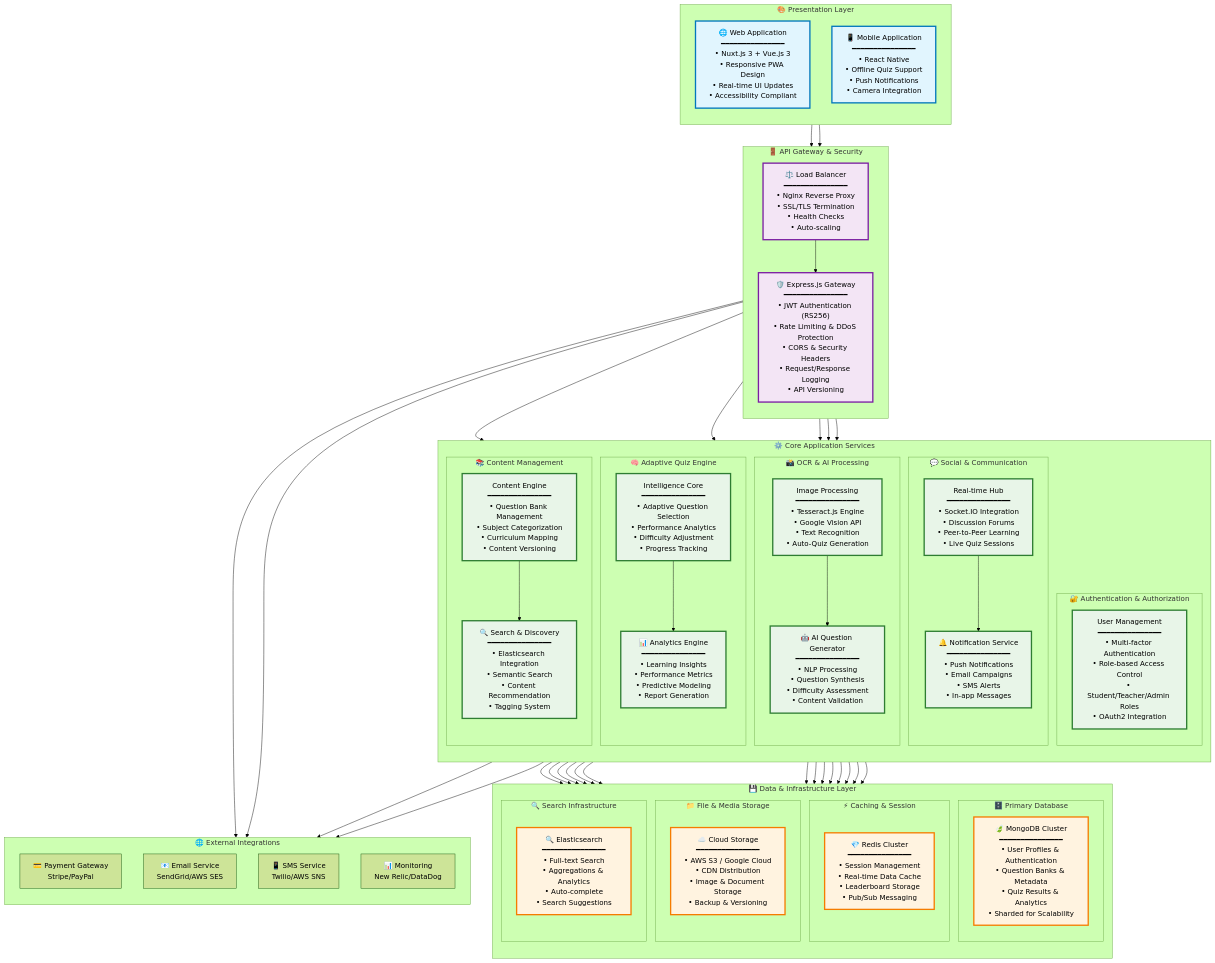
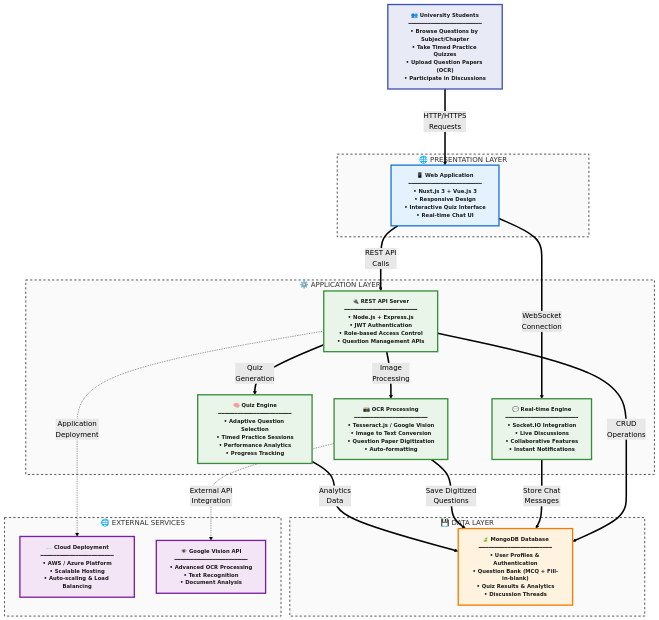
One commit to shuv-amp/TestLoom changed the first of 2 diagrams in docs/architecture.md. Above: the diagram before and after it, drawn with Mermaid (forest theme). The commit also changed other lines of this file, not shown here.

Commit message:
docs: simplify architecture.md

````diff
--- a/docs/architecture.md
+++ b/docs/architecture.md
@@ -5,124 +7,63 @@
 ```mermaid
 graph TB
-    %% Styling definitions
-    classDef presentation fill:#e1f5fe,stroke:#0277bd,stroke-width:3px,color:#000
-    classDef gateway fill:#f3e5f5,stroke:#7b1fa2,stroke-width:3px,color:#000
-    classDef services fill:#e8f5e8,stroke:#2e7d32,stroke-width:3px,color:#000
-    classDef data fill:#fff3e0,stroke:#f57c00,stroke-width:3px,color:#000
-    classDef connections stroke:#424242,stroke-width:2px
+    %% Enhanced styling with consistent colors, borders, and typography
+    classDef userLayer fill:#e8eaf6,stroke:#3f51b5,stroke-width:3px,color:#1a1a1a,font-weight:bold,font-size:12px
+    classDef frontend fill:#e3f2fd,stroke:#1976d2,stroke-width:3px,color:#1a1a1a,font-weight:bold,font-size:12px
+    classDef backend fill:#e8f5e8,stroke:#388e3c,stroke-width:3px,color:#1a1a1a,font-weight:bold,font-size:12px
+    classDef database fill:#fff3e0,stroke:#f57c00,stroke-width:3px,color:#1a1a1a,font-weight:bold,font-size:12px
+    classDef external fill:#f3e5f5,stroke:#7b1fa2,stroke-width:3px,color:#1a1a1a,font-weight:bold,font-size:12px
+    classDef subgraphStyle fill:#fafafa,stroke:#424242,stroke-width:2px,stroke-dasharray:5 5
     
-    %% Presentation Layer
-    subgraph PRESENTATION ["🎨 Presentation Layer"]
-        direction TB
-        WEB["🌐 Web Application<br/>━━━━━━━━━━━━━━━<br/>• Nuxt.js 3 + Vue.js 3<br/>• Responsive PWA Design<br/>• Real-time UI Updates<br/>• Accessibility Compliant"]
-        MOBILE["📱 Mobile Application<br/>━━━━━━━━━━━━━━━<br/>• React Native<br/>• Offline Quiz Support<br/>• Push Notifications<br/>• Camera Integration"]
+    %% User Layer
+    USERS["👥 University Students<br/>━━━━━━━━━━━━━━━━━━━━━━━<br/>• Browse Questions by Subject/Chapter<br/>• Take Timed Practice Quizzes<br/>• Upload Question Papers (OCR)<br/>• Participate in Discussions"]
+    
+    %% Frontend Layer
+    subgraph FRONTEND [" 🌐 PRESENTATION LAYER "]
+        WEB["📱 Web Application<br/>━━━━━━━━━━━━━━━━━━━━━━━<br/>• Nuxt.js 3 + Vue.js 3<br/>• Responsive Design<br/>• Interactive Quiz Interface<br/>• Real-time Chat UI"]
     end
     
-    %% API Gateway Layer
-    subgraph GATEWAY_LAYER ["🚪 API Gateway & Security"]
-        direction TB
-        GATEWAY["🛡️ Express.js Gateway<br/>━━━━━━━━━━━━━━━<br/>• JWT Authentication (RS256)<br/>• Rate Limiting & DDoS Protection<br/>• CORS & Security Headers<br/>• Request/Response Logging<br/>• API Versioning"]
-        LB["⚖️ Load Balancer<br/>━━━━━━━━━━━━━━━<br/>• Nginx Reverse Proxy<br/>• SSL/TLS Termination<br/>• Health Checks<br/>• Auto-scaling"]
+    %% Backend Layer
+    subgraph BACKEND [" ⚙️ APPLICATION LAYER "]
+        API["🔌 REST API Server<br/>━━━━━━━━━━━━━━━━━━━━━━━<br/>• Node.js + Express.js<br/>• JWT Authentication<br/>• Role-based Access Control<br/>• Question Management APIs"]
+        
+        REALTIME["💬 Real-time Engine<br/>━━━━━━━━━━━━━━━━━━━━━━━<br/>• Socket.IO Integration<br/>• Live Discussions<br/>• Collaborative Features<br/>• Instant Notifications"]
+        
+        OCR["📸 OCR Processing<br/>━━━━━━━━━━━━━━━━━━━━━━━<br/>• Tesseract.js / Google Vision<br/>• Image to Text Conversion<br/>• Question Paper Digitization<br/>• Auto-formatting"]
+        
+        QUIZ["🧠 Quiz Engine<br/>━━━━━━━━━━━━━━━━━━━━━━━<br/>• Adaptive Question Selection<br/>• Timed Practice Sessions<br/>• Performance Analytics<br/>• Progress Tracking"]
     end
     
-    %% Core Services Layer
-    subgraph SERVICES ["⚙️ Core Application Services"]
-        direction TB
-        
-        subgraph AUTH_SERVICE ["🔐 Authentication & Authorization"]
-            AUTH["User Management<br/>━━━━━━━━━━━━━━━<br/>• Multi-factor Authentication<br/>• Role-based Access Control<br/>• Student/Teacher/Admin Roles<br/>• OAuth2 Integration"]
-        end
-        
-        subgraph QUIZ_SERVICE ["🧠 Adaptive Quiz Engine"]
-            QUIZ["Intelligence Core<br/>━━━━━━━━━━━━━━━<br/>• Adaptive Question Selection<br/>• Performance Analytics<br/>• Difficulty Adjustment<br/>• Progress Tracking"]
-            ANALYTICS["📊 Analytics Engine<br/>━━━━━━━━━━━━━━━<br/>• Learning Insights<br/>• Performance Metrics<br/>• Predictive Modeling<br/>• Report Generation"]
-        end
-        
-        subgraph OCR_SERVICE ["📸 OCR & AI Processing"]
-            OCR["Image Processing<br/>━━━━━━━━━━━━━━━<br/>• Tesseract.js Engine<br/>• Google Vision API<br/>• Text Recognition<br/>• Auto-Quiz Generation"]
-            AI["🤖 AI Question Generator<br/>━━━━━━━━━━━━━━━<br/>• NLP Processing<br/>• Question Synthesis<br/>• Difficulty Assessment<br/>• Content Validation"]
-        end
-        
-        subgraph SOCIAL_SERVICE ["💬 Social & Communication"]
-            SOCIAL["Real-time Hub<br/>━━━━━━━━━━━━━━━<br/>• Socket.IO Integration<br/>• Discussion Forums<br/>• Peer-to-Peer Learning<br/>• Live Quiz Sessions"]
-            NOTIF["🔔 Notification Service<br/>━━━━━━━━━━━━━━━<br/>• Push Notifications<br/>• Email Campaigns<br/>• SMS Alerts<br/>• In-app Messages"]
-        end
-        
-        subgraph CONTENT_SERVICE ["📚 Content Management"]
-            CONTENT["Content Engine<br/>━━━━━━━━━━━━━━━<br/>• Question Bank Management<br/>• Subject Categorization<br/>• Curriculum Mapping<br/>• Content Versioning"]
-            SEARCH["🔍 Search & Discovery<br/>━━━━━━━━━━━━━━━<br/>• Elasticsearch Integration<br/>• Semantic Search<br/>• Content Recommendation<br/>• Tagging System"]
-        end
-    end
-    
-    %% Data & Infrastructure Layer
-    subgraph DATA_LAYER ["💾 Data & Infrastructure Layer"]
-        direction TB
-        
-        subgraph PRIMARY_DB ["🗄️ Primary Database"]
-            MONGO["🍃 MongoDB Cluster<br/>━━━━━━━━━━━━━━━<br/>• User Profiles & Authentication<br/>• Question Banks & Metadata<br/>• Quiz Results & Analytics<br/>• Sharded for Scalability"]
-        end
-        
-        subgraph CACHE_LAYER ["⚡ Caching & Session"]
-            REDIS["💎 Redis Cluster<br/>━━━━━━━━━━━━━━━<br/>• Session Management<br/>• Real-time Data Cache<br/>• Leaderboard Storage<br/>• Pub/Sub Messaging"]
-        end
-        
-        subgraph STORAGE_LAYER ["📁 File & Media Storage"]
-            FILES["☁️ Cloud Storage<br/>━━━━━━━━━━━━━━━<br/>• AWS S3 / Google Cloud<br/>• CDN Distribution<br/>• Image & Document Storage<br/>• Backup & Versioning"]
-        end
-        
-        subgraph SEARCH_DB ["🔍 Search Infrastructure"]
-            ELASTIC["🔍 Elasticsearch<br/>━━━━━━━━━━━━━━━<br/>• Full-text Search<br/>• Aggregations & Analytics<br/>• Auto-complete<br/>• Search Suggestions"]
-        end
+    %% Database Layer
+    subgraph DATABASE [" 💾 DATA LAYER "]
+        MONGO["🍃 MongoDB Database<br/>━━━━━━━━━━━━━━━━━━━━━━━<br/>• User Profiles & Authentication<br/>• Question Bank (MCQ + Fill-in-blank)<br/>• Quiz Results & Analytics<br/>• Discussion Threads"]
     end
     
     %% External Services
-    subgraph EXTERNAL ["🌐 External Integrations"]
-        direction TB
-        PAYMENT["💳 Payment Gateway<br/>Stripe/PayPal"]
-        EMAIL["📧 Email Service<br/>SendGrid/AWS SES"]
-        SMS["📱 SMS Service<br/>Twilio/AWS SNS"]
-        MONITOR["📊 Monitoring<br/>New Relic/DataDog"]
+    subgraph EXTERNAL [" 🌐 EXTERNAL SERVICES "]
+        CLOUD["☁️ Cloud Deployment<br/>━━━━━━━━━━━━━━━━━━━━━━━<br/>• AWS / Azure Platform<br/>• Scalable Hosting<br/>• Auto-scaling & Load Balancing"]
+        VISION["👁️ Google Vision API<br/>━━━━━━━━━━━━━━━━━━━━━━━<br/>• Advanced OCR Processing<br/>• Text Recognition<br/>• Document Analysis"]
     end
     
-    %% Connections
-    WEB --> LB
-    MOBILE --> LB
-    LB --> GATEWAY
+    %% Enhanced Connections with consistent arrow styles and labels
+    USERS ===>|"HTTP/HTTPS<br/>Requests"| WEB
+    WEB ==>|"REST API<br/>Calls"| API
+    WEB ==>|"WebSocket<br/>Connection"| REALTIME
+    API ==>|"Image<br/>Processing"| OCR
+    API ==>|"Quiz<br/>Generation"| QUIZ
+    API ==>|"CRUD<br/>Operations"| MONGO
+    REALTIME ==>|"Store Chat<br/>Messages"| MONGO
+    OCR ==>|"Save Digitized<br/>Questions"| MONGO
+    OCR -.->|"External API<br/>Integration"| VISION
+    QUIZ ==>|"Analytics<br/>Data"| MONGO
+    API -.->|"Application<br/>Deployment"| CLOUD
     
-    GATEWAY --> AUTH
-    GATEWAY --> QUIZ
-    GATEWAY --> OCR
-    GATEWAY --> SOCIAL
-    GATEWAY --> CONTENT
+    %% Apply consistent styles to all components
+    class USERS userLayer
+    class WEB frontend
+    class API,REALTIME,OCR,QUIZ backend
+    class MONGO database
+    class CLOUD,VISION external
     
-    QUIZ --> ANALYTICS
-    OCR --> AI
-    SOCIAL --> NOTIF
-    CONTENT --> SEARCH
-    
-    AUTH --> MONGO
-    AUTH --> REDIS
-    QUIZ --> MONGO
-    QUIZ --> REDIS
-    ANALYTICS --> MONGO
-    ANALYTICS --> ELASTIC
-    OCR --> FILES
-    OCR --> MONGO
-    AI --> MONGO
-    SOCIAL --> REDIS
-    NOTIF --> REDIS
-    CONTENT --> MONGO
-    CONTENT --> ELASTIC
-    SEARCH --> ELASTIC
-    
-    GATEWAY --> PAYMENT
-    NOTIF --> EMAIL
-    NOTIF --> SMS
-    GATEWAY --> MONITOR
-    
-    %% Apply styles
-    class WEB,MOBILE presentation
-    class GATEWAY,LB gateway
-    class AUTH,QUIZ,OCR,SOCIAL,CONTENT,ANALYTICS,AI,NOTIF,SEARCH services
-    class MONGO,REDIS,FILES,ELASTIC data
+    %% Enhanced subgraph styling
+    class FRONTEND,BACKEND,DATABASE,EXTERNAL subgraphStyle
 ```
````
